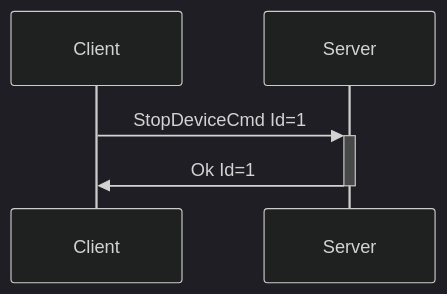
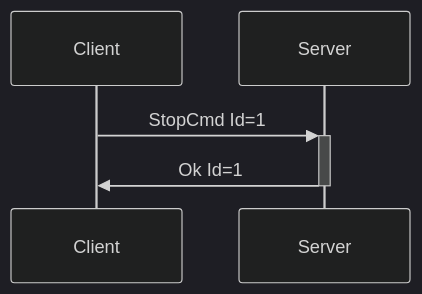
The diagram in docs/spec/stop.md (buttplugio/docs.buttplug.io), drawn with Mermaid (dark theme) before and after one commit. The commit also changed other lines of this file and 1 other file, not shown here.

Commit message:
Update StopCmd for v4

````diff
--- a/docs/spec/stop.md
+++ b/docs/spec/stop.md
@@ -33,5 +38,5 @@
 ```mermaid
 sequenceDiagram
-    Client->>+Server: StopDeviceCmd Id=1
+    Client->>+Server: StopCmd Id=1
     Server->>-Client: Ok Id=1
 ```
````
